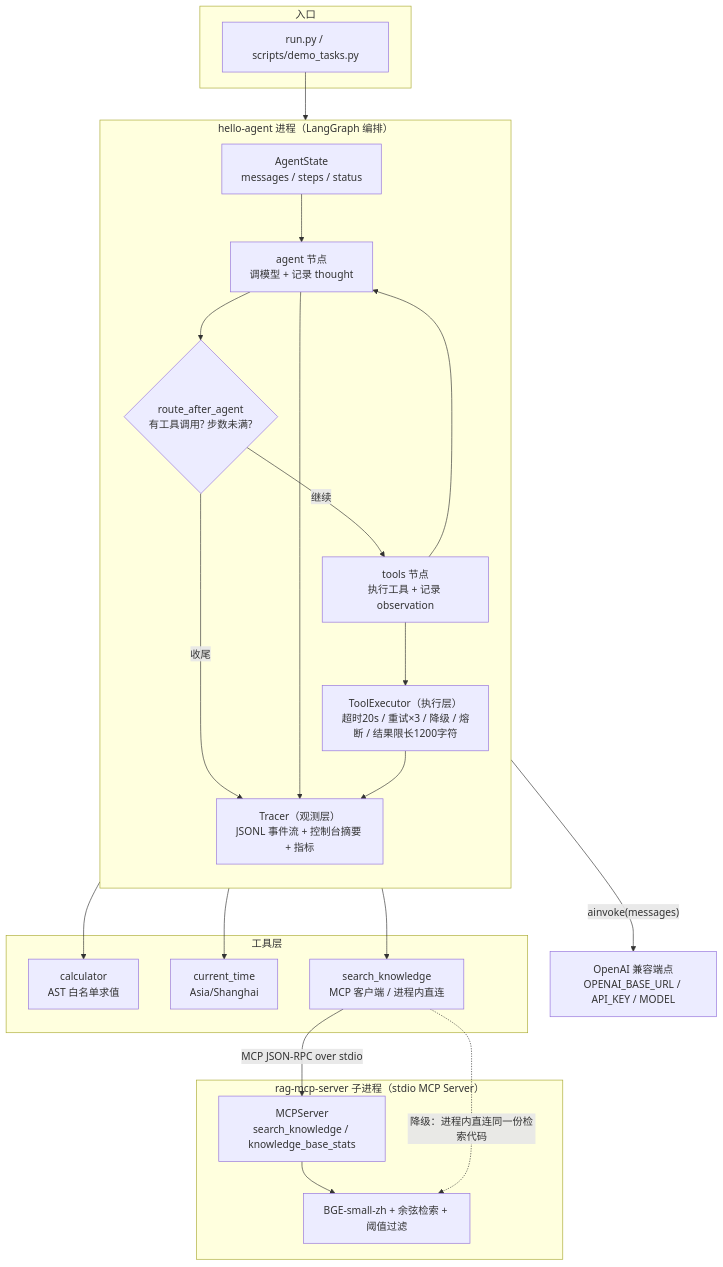
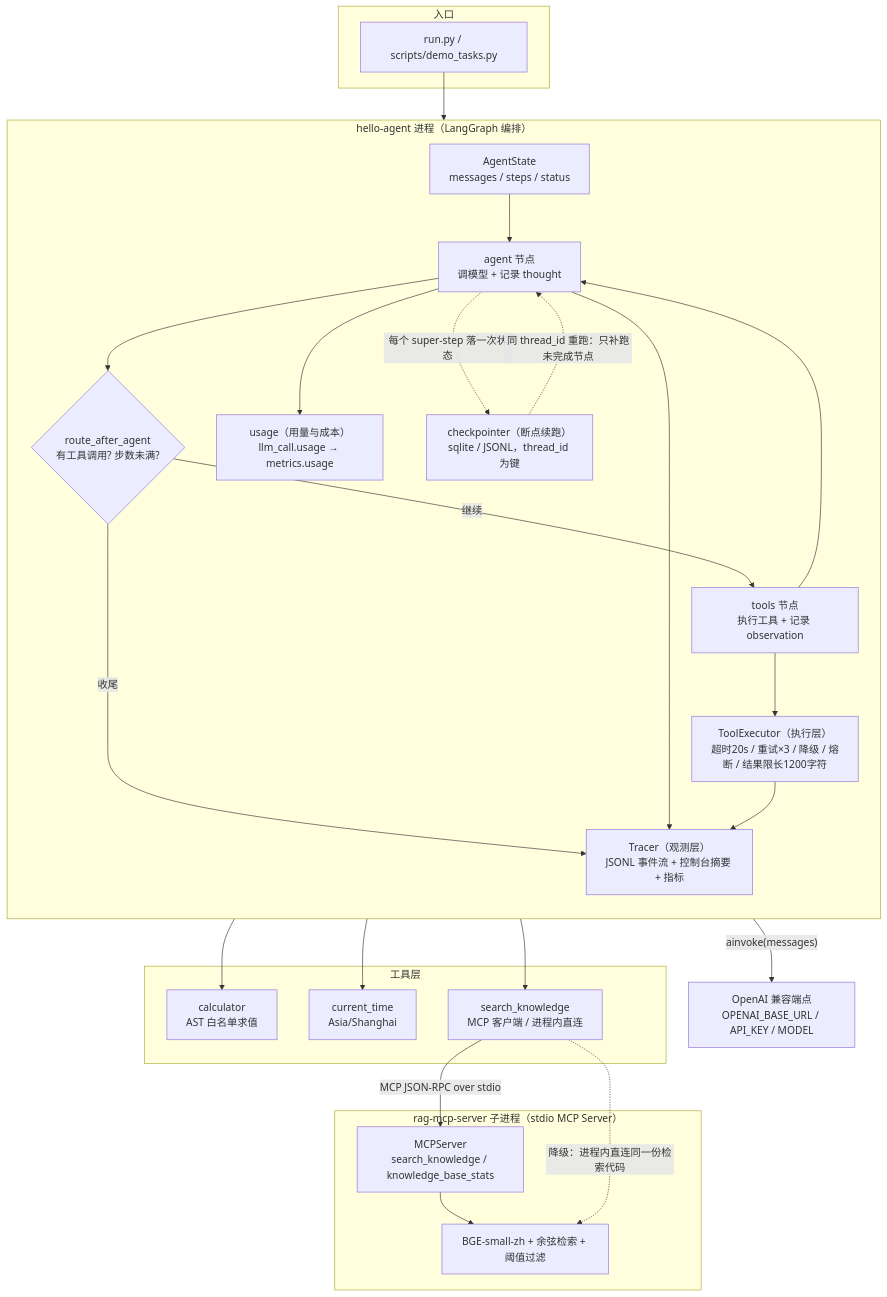
The first of 3 diagrams in README.md (world-breaker/hello-agent), drawn with Mermaid before and after one commit. The commit also changed other lines of this file and 17 other files, not shown here.

````diff
--- a/README.md
+++ b/README.md
@@ -158,43 +160,48 @@
 ```mermaid
 flowchart TB
     subgraph Entry["入口"]
         RUN["run.py / scripts/demo_tasks.py"]
     end
 
     subgraph Core["hello-agent 进程（LangGraph 编排）"]
         direction TB
         ST["AgentState<br/>messages / steps / status"]
         AG["agent 节点<br/>调模型 + 记录 thought"]
         RT{"route_after_agent<br/>有工具调用? 步数未满?"}
         TL["tools 节点<br/>执行工具 + 记录 observation"]
         EX["ToolExecutor（执行层）<br/>超时20s / 重试×3 / 降级 / 熔断 / 结果限长1200字符"]
         TR["Tracer（观测层）<br/>JSONL 事件流 + 控制台摘要 + 指标"]
+        US["usage（用量与成本）<br/>llm_call.usage → metrics.usage"]
+        CP["checkpointer（断点续跑）<br/>sqlite / JSONL，thread_id 为键"]
     end
 
     subgraph Tools["工具层"]
         C1["calculator<br/>AST 白名单求值"]
         C2["current_time<br/>Asia/Shanghai"]
         C3["search_knowledge<br/>MCP 客户端 / 进程内直连"]
     end
 
     subgraph RagProc["rag-mcp-server 子进程（stdio MCP Server）"]
         SRV["MCPServer<br/>search_knowledge / knowledge_base_stats"]
         IDX["BGE-small-zh + 余弦检索 + 阈值过滤"]
     end
 
     LLM["OpenAI 兼容端点<br/>OPENAI_BASE_URL / API_KEY / MODEL"]
 
     RUN --> ST --> AG
     AG -- "ainvoke(messages)" --> LLM
     AG --> RT
     RT -- "继续" --> TL --> EX
     EX --> C1
     EX --> C2
     EX --> C3
     RT -- "收尾" --> TR
     AG --> TR
+    AG --> US
+    AG -. "每个 super-step 落一次状态" .-> CP
+    CP -. "同 thread_id 重跑：只补跑未完成节点" .-> AG
     EX --> TR
     TL --> AG
     C3 -- "MCP JSON-RPC over stdio" --> SRV --> IDX
     C3 -. "降级：进程内直连同一份检索代码" .-> IDX
 ```
````
